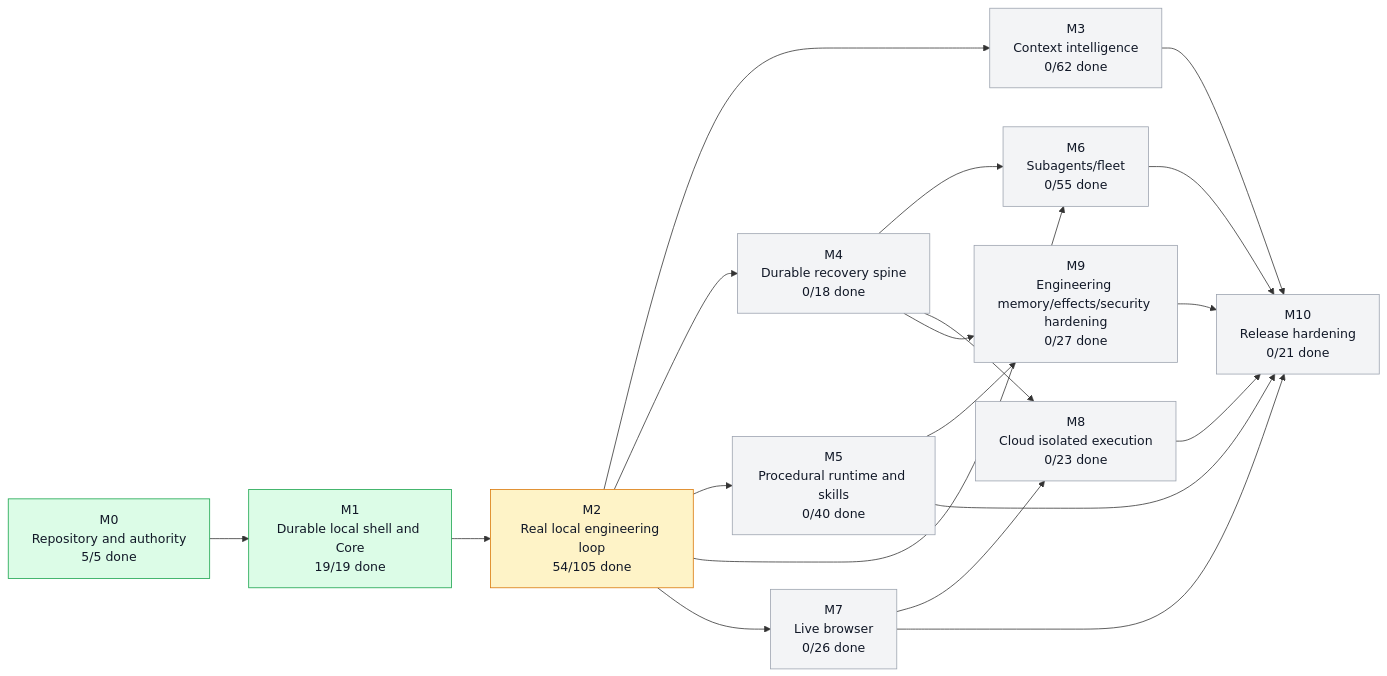
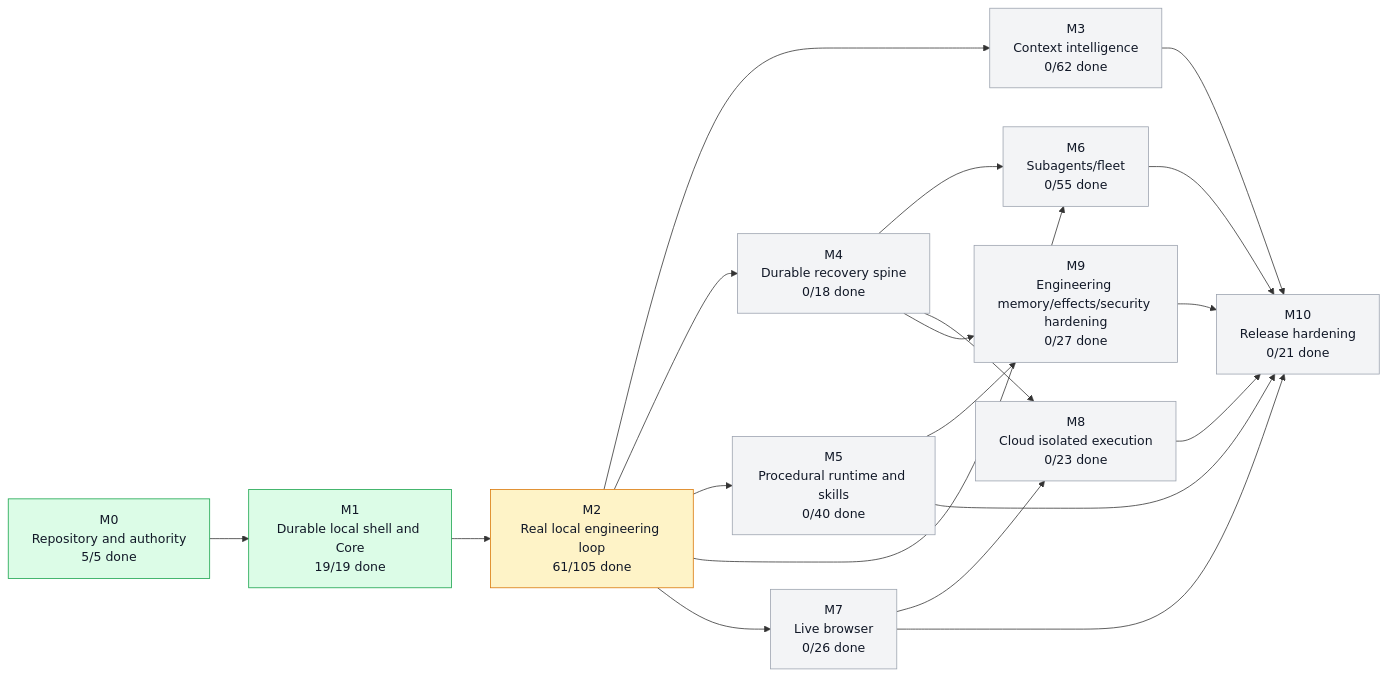
Before and after one commit to moss101/modbit: the first of 5 diagrams in graph/PROJECT_GRAPH.md, drawn with Mermaid. The commit also changed other lines of this file and 31 other files, not shown here.

````diff
--- a/graph/PROJECT_GRAPH.md
+++ b/graph/PROJECT_GRAPH.md
@@ -57,43 +57,43 @@
 ```mermaid
 flowchart LR
   M0["M0<br/>Repository and authority<br/>5/5 done"]
   M1["M1<br/>Durable local shell and Core<br/>19/19 done"]
-  M2["M2<br/>Real local engineering loop<br/>54/105 done"]
+  M2["M2<br/>Real local engineering loop<br/>61/105 done"]
   M3["M3<br/>Context intelligence<br/>0/62 done"]
   M4["M4<br/>Durable recovery spine<br/>0/18 done"]
   M5["M5<br/>Procedural runtime and skills<br/>0/40 done"]
   M6["M6<br/>Subagents/fleet<br/>0/55 done"]
   M7["M7<br/>Live browser<br/>0/26 done"]
   M8["M8<br/>Cloud isolated execution<br/>0/23 done"]
   M9["M9<br/>Engineering memory/effects/security hardening<br/>0/27 done"]
   M10["M10<br/>Release hardening<br/>0/21 done"]
   M0 --> M1
   M1 --> M2
   M2 --> M3
   M2 --> M4
   M2 --> M5
   M2 --> M6
   M4 --> M6
   M2 --> M7
   M4 --> M8
   M7 --> M8
   M4 --> M9
   M5 --> M9
   M3 --> M10
   M5 --> M10
   M6 --> M10
   M7 --> M10
   M8 --> M10
   M9 --> M10
   style M0 fill:#dcfce7,stroke:#16a34a,color:#111827
   style M1 fill:#dcfce7,stroke:#16a34a,color:#111827
   style M2 fill:#fef3c7,stroke:#d97706,color:#111827
   style M3 fill:#f3f4f6,stroke:#9ca3af,color:#111827
   style M4 fill:#f3f4f6,stroke:#9ca3af,color:#111827
   style M5 fill:#f3f4f6,stroke:#9ca3af,color:#111827
   style M6 fill:#f3f4f6,stroke:#9ca3af,color:#111827
   style M7 fill:#f3f4f6,stroke:#9ca3af,color:#111827
   style M8 fill:#f3f4f6,stroke:#9ca3af,color:#111827
   style M9 fill:#f3f4f6,stroke:#9ca3af,color:#111827
   style M10 fill:#f3f4f6,stroke:#9ca3af,color:#111827
 ```
````
